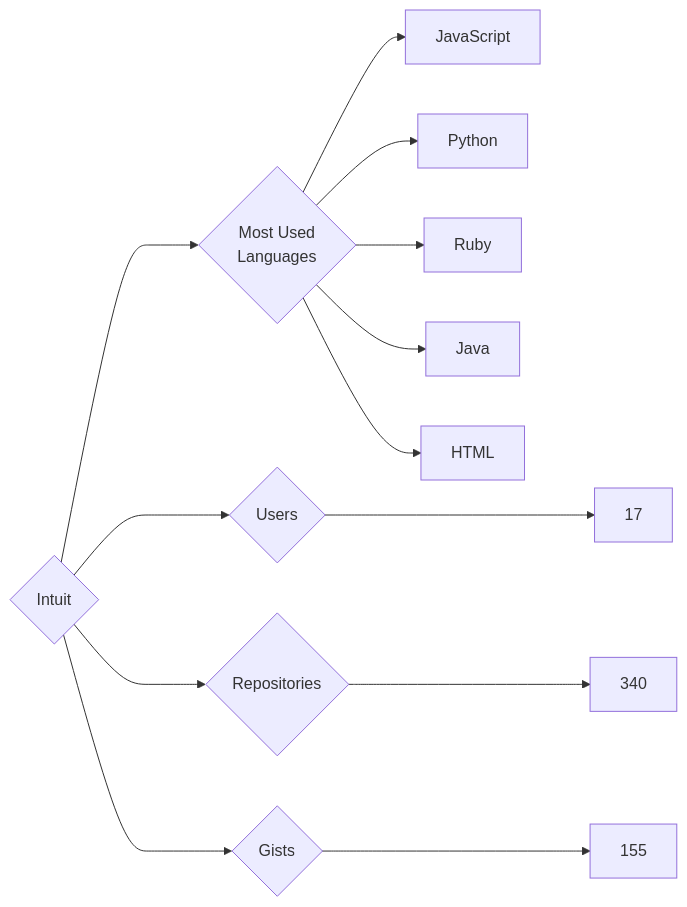
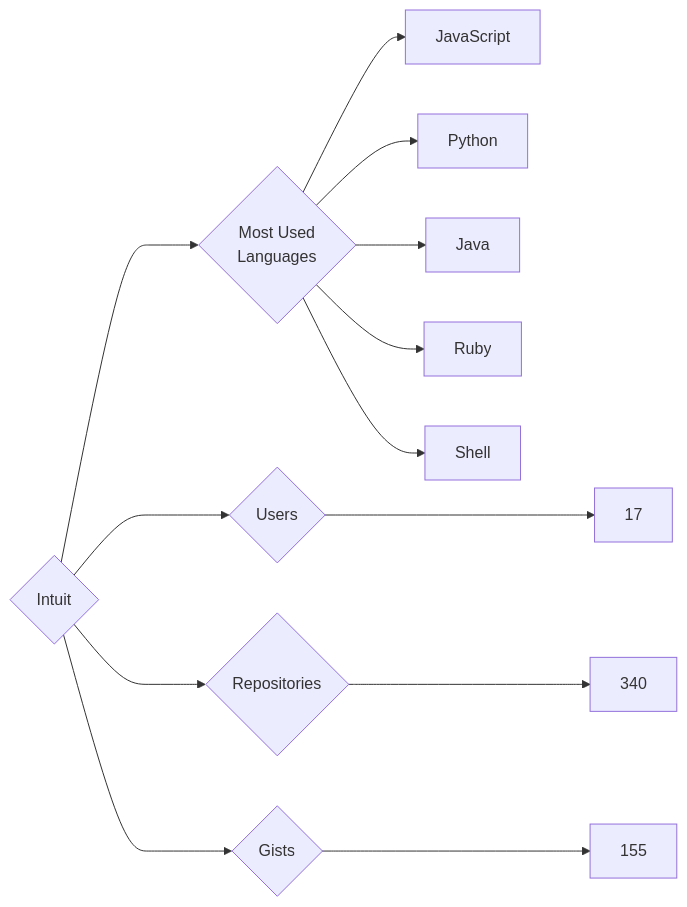
Before and after one commit to trickest/insiders: the diagram in targets/Intuit/README.md, drawn with Mermaid. The commit also changed 718 other files, not shown here.

````diff
--- a/targets/Intuit/README.md
+++ b/targets/Intuit/README.md
@@ -3,13 +3,13 @@
 ```mermaid
 graph LR
 COMPANY_NAME{Intuit}
 COMPANY_NAME ---> U{Users} ---> UN[17]
 COMPANY_NAME ---> R{Repositories} ---> RN[340]
 COMPANY_NAME ---> G{Gists} ---> GN[155]
 COMPANY_NAME ---> ML{Most Used<br>Languages}
 ML --> JavaScript[JavaScript]
 ML --> Python[Python]
+ML --> Java[Java]
 ML --> Ruby[Ruby]
-ML --> Java[Java]
-ML --> HTML[HTML]
+ML --> Shell[Shell]
 ```
````
